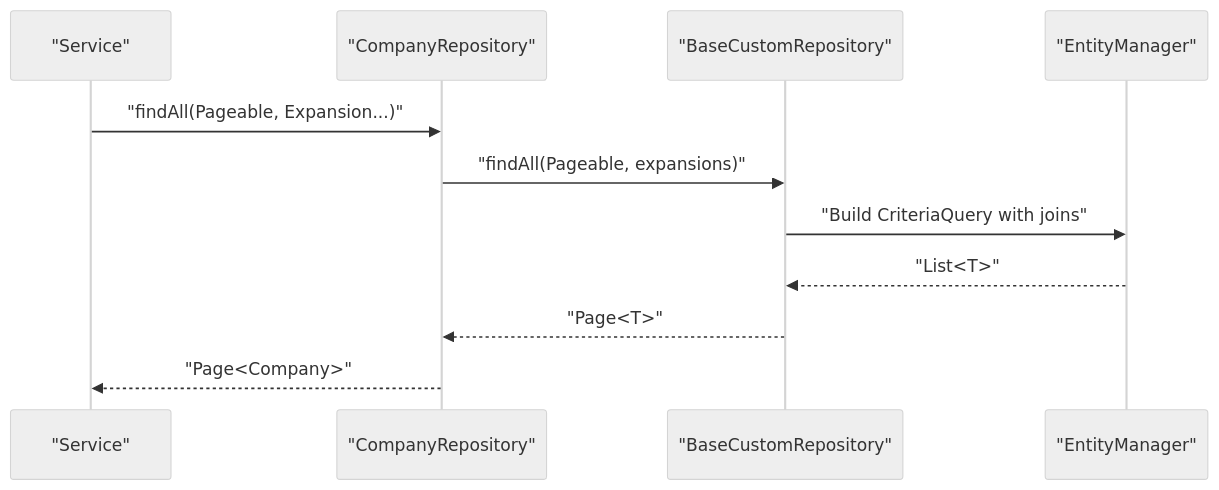
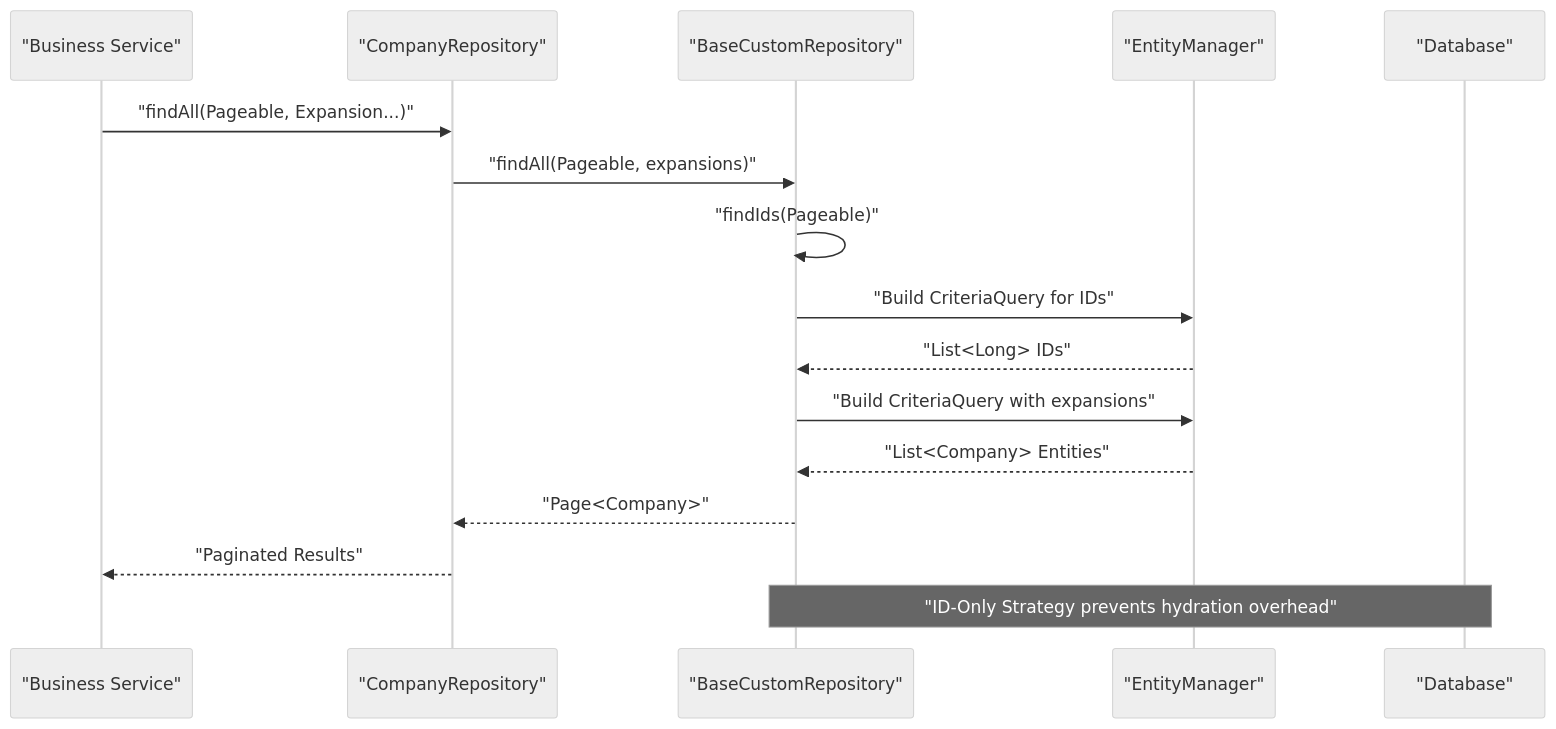
The fifth of 11 diagrams in .qoder/repowiki/en/content/Data Management.md (effinrich/rh-nx-monorepo), drawn with Mermaid (neutral theme) before and after one commit. The commit also changed other lines of this file and 130 other files, not shown here.

````diff
--- a/.qoder/repowiki/en/content/Data Management.md
+++ b/.qoder/repowiki/en/content/Data Management.md
@@ -261,13 +330,18 @@
 ```mermaid
 sequenceDiagram
-participant Svc as "Service"
+participant Service as "Business Service"
 participant Repo as "CompanyRepository"
-participant Impl as "BaseCustomRepository"
+participant BaseRepo as "BaseCustomRepository"
 participant EM as "EntityManager"
-Svc->>Repo : "findAll(Pageable, Expansion...)"
-Repo->>Impl : "findAll(Pageable, expansions)"
-Impl->>EM : "Build CriteriaQuery with joins"
-EM-->>Impl : "List<T>"
-Impl-->>Repo : "Page<T>"
-Repo-->>Svc : "Page<Company>"
+participant DB as "Database"
+Service->>Repo : "findAll(Pageable, Expansion...)"
+Repo->>BaseRepo : "findAll(Pageable, expansions)"
+BaseRepo->>BaseRepo : "findIds(Pageable)"
+BaseRepo->>EM : "Build CriteriaQuery for IDs"
+EM-->>BaseRepo : "List<Long> IDs"
+BaseRepo->>EM : "Build CriteriaQuery with expansions"
+EM-->>BaseRepo : "List<Company> Entities"
+BaseRepo-->>Repo : "Page<Company>"
+Repo-->>Service : "Paginated Results"
+Note over BaseRepo,DB : "ID-Only Strategy prevents hydration overhead"
 ```
````
